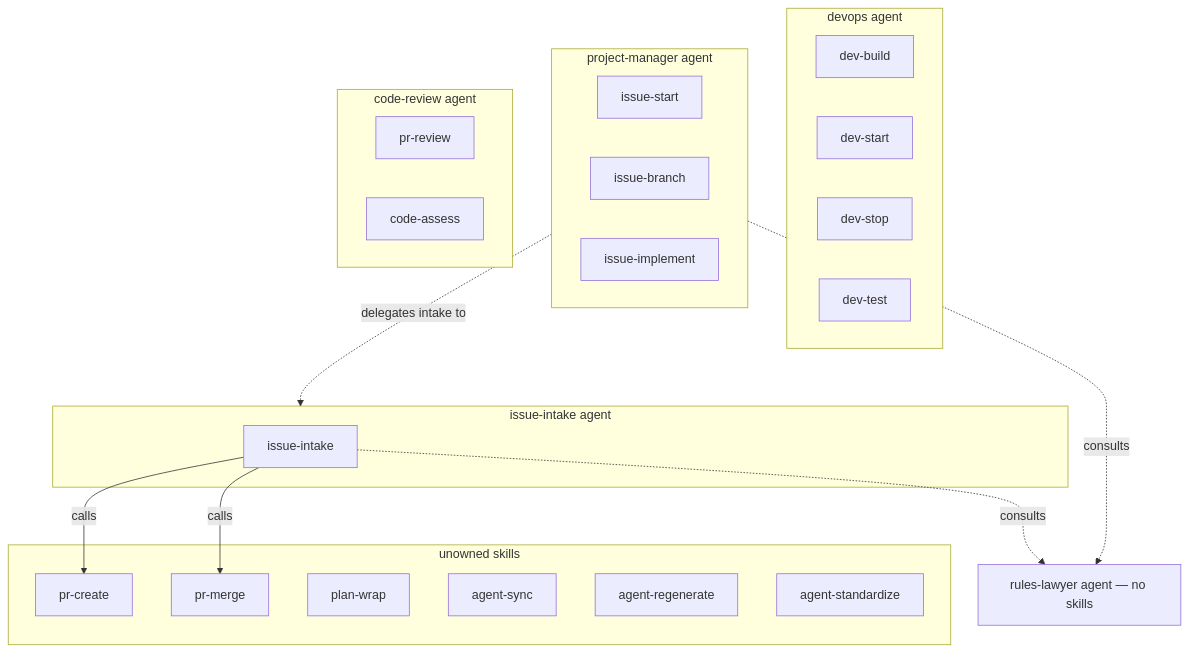
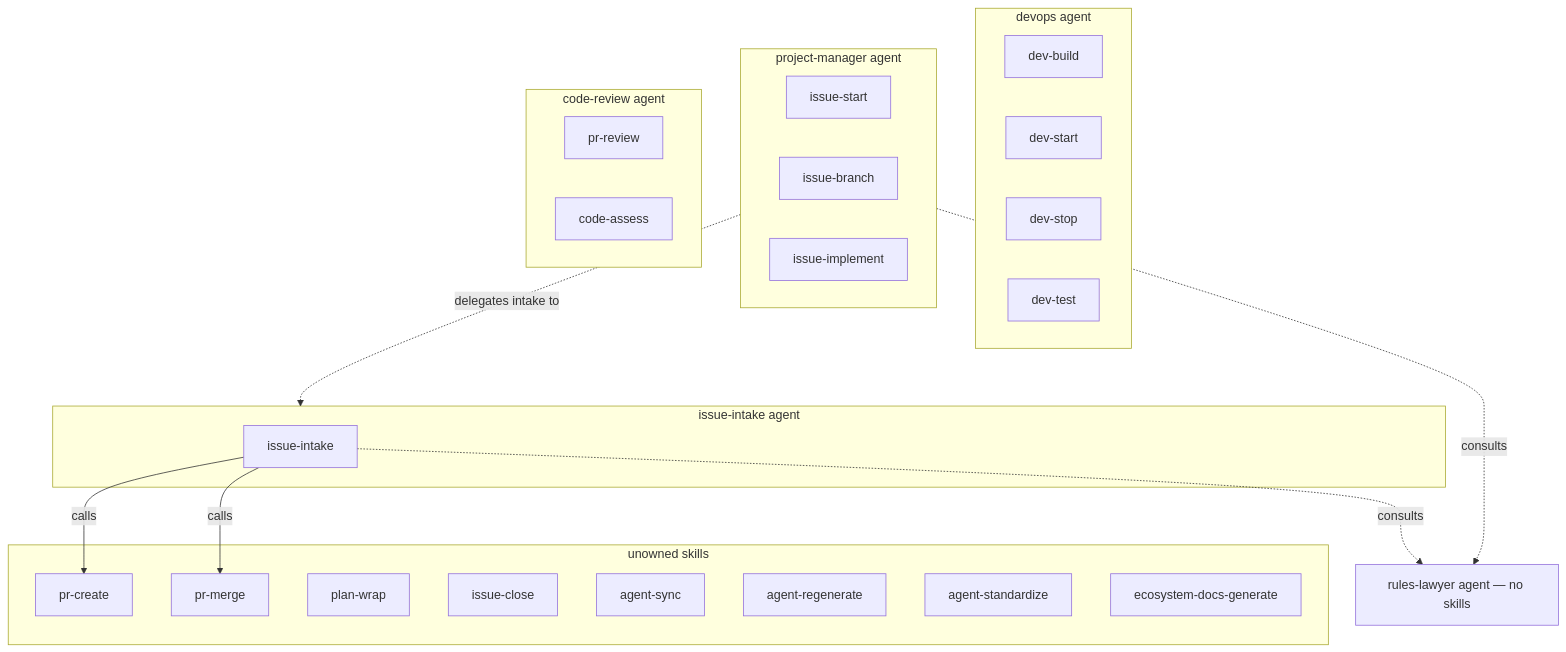
Before and after one commit to ashitaka-emishi/lob-online: the first of 2 diagrams in docs/claude-ecosystem/network-diagram.md, drawn with Mermaid. The commit also changed other lines of this file and 13 other files, not shown here.

First line of the commit message:
feat(docs): add /ecosystem-docs-generate skill and regenerate claude-ecosystem docs (#48)

````diff
--- a/docs/claude-ecosystem/network-diagram.md
+++ b/docs/claude-ecosystem/network-diagram.md
@@ -13,41 +21,43 @@
 ```mermaid
 graph TD
   subgraph devops[devops agent]
     dev-build
     dev-start
     dev-stop
     dev-test
   end
 
   subgraph pm[project-manager agent]
     issue-start
     issue-branch
     issue-implement
   end
 
   subgraph ii[issue-intake agent]
     issue-intake
   end
 
   subgraph cr[code-review agent]
     pr-review
     code-assess
   end
 
   rl[rules-lawyer agent — no skills]
 
   subgraph standalone[unowned skills]
     pr-create
     pr-merge
     plan-wrap
+    issue-close
     agent-sync
     agent-regenerate
     agent-standardize
+    ecosystem-docs-generate
   end
 
   issue-intake -.->|consults| rl
   issue-intake -->|calls| pr-create
   issue-intake -->|calls| pr-merge
   pm -.->|delegates intake to| ii
   pm -.->|consults| rl
 ```
````
